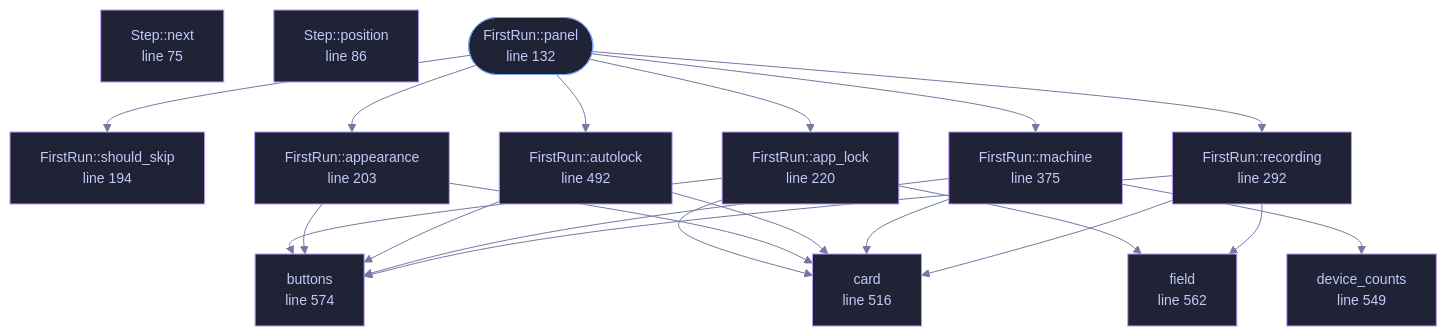
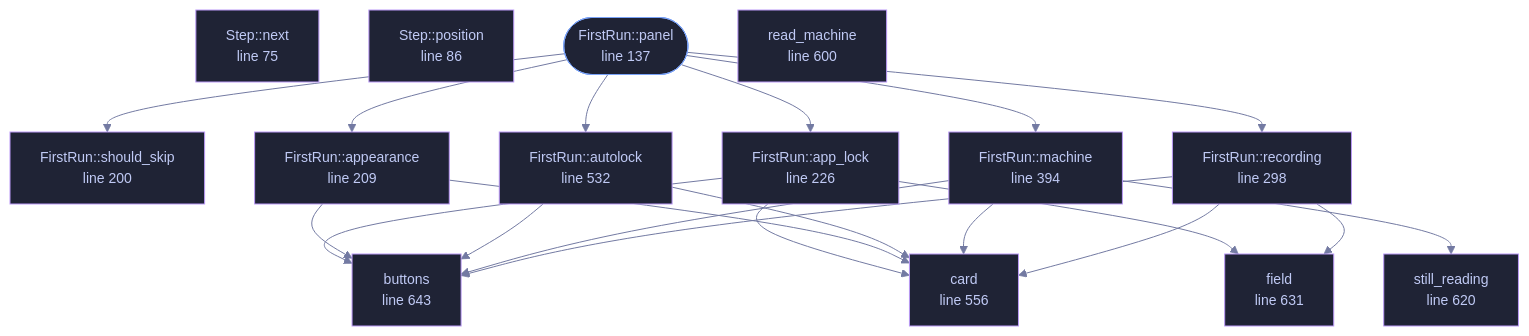
The diagram in docs/files/veilvoice-gui/firstrun.md (tilas01/veilvoice), drawn with Mermaid before and after one commit. The commit also changed other lines of this file and 57 other files, not shown here.

````diff
--- a/docs/files/veilvoice-gui/firstrun.md
+++ b/docs/files/veilvoice-gui/firstrun.md
@@ -101,53 +102,55 @@
 ```mermaid
 %%{init: {"theme":"base","themeVariables":{"background":"#1a1b26","primaryColor":"#1f2335","primaryTextColor":"#c0caf5","primaryBorderColor":"#7aa2f7","secondaryColor":"#16161e","tertiaryColor":"#16161e","lineColor":"#737aa2","textColor":"#c0caf5","mainBkg":"#1f2335","nodeBorder":"#7aa2f7","clusterBkg":"#16161e","clusterBorder":"#2f3549","fontFamily":"ui-monospace, SFMono-Regular, Consolas, monospace","fontSize":"14px"}}}%%
 flowchart TD
     n_next["Step::next<br/>line 75"]
     n_position["Step::position<br/>line 86"]
-    n_panel(["FirstRun::panel<br/>line 132"])
-    n_should_skip["FirstRun::should_skip<br/>line 194"]
-    n_appearance["FirstRun::appearance<br/>line 203"]
-    n_app_lock["FirstRun::app_lock<br/>line 220"]
-    n_recording["FirstRun::recording<br/>line 292"]
-    n_machine["FirstRun::machine<br/>line 375"]
-    n_autolock["FirstRun::autolock<br/>line 492"]
-    n_card["card<br/>line 516"]
-    n_device_counts["device_counts<br/>line 549"]
-    n_field["field<br/>line 562"]
-    n_buttons["buttons<br/>line 574"]
+    n_panel(["FirstRun::panel<br/>line 137"])
+    n_should_skip["FirstRun::should_skip<br/>line 200"]
+    n_appearance["FirstRun::appearance<br/>line 209"]
+    n_app_lock["FirstRun::app_lock<br/>line 226"]
+    n_recording["FirstRun::recording<br/>line 298"]
+    n_machine["FirstRun::machine<br/>line 394"]
+    n_autolock["FirstRun::autolock<br/>line 532"]
+    n_card["card<br/>line 556"]
+    n_read_machine["read_machine<br/>line 600"]
+    n_still_reading["still_reading<br/>line 620"]
+    n_field["field<br/>line 631"]
+    n_buttons["buttons<br/>line 643"]
     n_app_lock --> n_buttons
     n_app_lock --> n_card
     n_app_lock --> n_field
     n_appearance --> n_buttons
     n_appearance --> n_card
     n_autolock --> n_buttons
     n_autolock --> n_card
     n_machine --> n_buttons
     n_machine --> n_card
-    n_machine --> n_device_counts
+    n_machine --> n_still_reading
     n_panel --> n_app_lock
     n_panel --> n_appearance
     n_panel --> n_autolock
     n_panel --> n_machine
     n_panel --> n_recording
     n_panel --> n_should_skip
     n_recording --> n_buttons
     n_recording --> n_card
     n_recording --> n_field
     click n_next href "https://github.com/tilas01/veilvoice/blob/main/crates/veilvoice-gui/src/firstrun.rs#L75" "open the source"
     click n_position href "https://github.com/tilas01/veilvoice/blob/main/crates/veilvoice-gui/src/firstrun.rs#L86" "open the source"
-    click n_panel href "https://github.com/tilas01/veilvoice/blob/main/crates/veilvoice-gui/src/firstrun.rs#L132" "open the source"
-    click n_should_skip href "https://github.com/tilas01/veilvoice/blob/main/crates/veilvoice-gui/src/firstrun.rs#L194" "open the source"
-    click n_appearance href "https://github.com/tilas01/veilvoice/blob/main/crates/veilvoice-gui/src/firstrun.rs#L203" "open the source"
-    click n_app_lock href "https://github.com/tilas01/veilvoice/blob/main/crates/veilvoice-gui/src/firstrun.rs#L220" "open the source"
-    click n_recording href "https://github.com/tilas01/veilvoice/blob/main/crates/veilvoice-gui/src/firstrun.rs#L292" "open the source"
-    click n_machine href "https://github.com/tilas01/veilvoice/blob/main/crates/veilvoice-gui/src/firstrun.rs#L375" "open the source"
-    click n_autolock href "https://github.com/tilas01/veilvoice/blob/main/crates/veilvoice-gui/src/firstrun.rs#L492" "open the source"
-    click n_card href "https://github.com/tilas01/veilvoice/blob/main/crates/veilvoice-gui/src/firstrun.rs#L516" "open the source"
-    click n_device_counts href "https://github.com/tilas01/veilvoice/blob/main/crates/veilvoice-gui/src/firstrun.rs#L549" "open the source"
-    click n_field href "https://github.com/tilas01/veilvoice/blob/main/crates/veilvoice-gui/src/firstrun.rs#L562" "open the source"
-    click n_buttons href "https://github.com/tilas01/veilvoice/blob/main/crates/veilvoice-gui/src/firstrun.rs#L574" "open the source"
+    click n_panel href "https://github.com/tilas01/veilvoice/blob/main/crates/veilvoice-gui/src/firstrun.rs#L137" "open the source"
+    click n_should_skip href "https://github.com/tilas01/veilvoice/blob/main/crates/veilvoice-gui/src/firstrun.rs#L200" "open the source"
+    click n_appearance href "https://github.com/tilas01/veilvoice/blob/main/crates/veilvoice-gui/src/firstrun.rs#L209" "open the source"
+    click n_app_lock href "https://github.com/tilas01/veilvoice/blob/main/crates/veilvoice-gui/src/firstrun.rs#L226" "open the source"
+    click n_recording href "https://github.com/tilas01/veilvoice/blob/main/crates/veilvoice-gui/src/firstrun.rs#L298" "open the source"
+    click n_machine href "https://github.com/tilas01/veilvoice/blob/main/crates/veilvoice-gui/src/firstrun.rs#L394" "open the source"
+    click n_autolock href "https://github.com/tilas01/veilvoice/blob/main/crates/veilvoice-gui/src/firstrun.rs#L532" "open the source"
+    click n_card href "https://github.com/tilas01/veilvoice/blob/main/crates/veilvoice-gui/src/firstrun.rs#L556" "open the source"
+    click n_read_machine href "https://github.com/tilas01/veilvoice/blob/main/crates/veilvoice-gui/src/firstrun.rs#L600" "open the source"
+    click n_still_reading href "https://github.com/tilas01/veilvoice/blob/main/crates/veilvoice-gui/src/firstrun.rs#L620" "open the source"
+    click n_field href "https://github.com/tilas01/veilvoice/blob/main/crates/veilvoice-gui/src/firstrun.rs#L631" "open the source"
+    click n_buttons href "https://github.com/tilas01/veilvoice/blob/main/crates/veilvoice-gui/src/firstrun.rs#L643" "open the source"
     classDef entry fill:#1f2335,stroke:#7aa2f7,color:#c0caf5
     class n_panel entry
     classDef helper fill:#1f2335,stroke:#bb9af7,color:#c0caf5
-    class n_next,n_position,n_should_skip,n_appearance,n_app_lock,n_recording,n_machine,n_autolock,n_card,n_device_counts,n_field,n_buttons helper
+    class n_next,n_position,n_should_skip,n_appearance,n_app_lock,n_recording,n_machine,n_autolock,n_card,n_read_machine,n_still_reading,n_field,n_buttons helper
 ```
````
